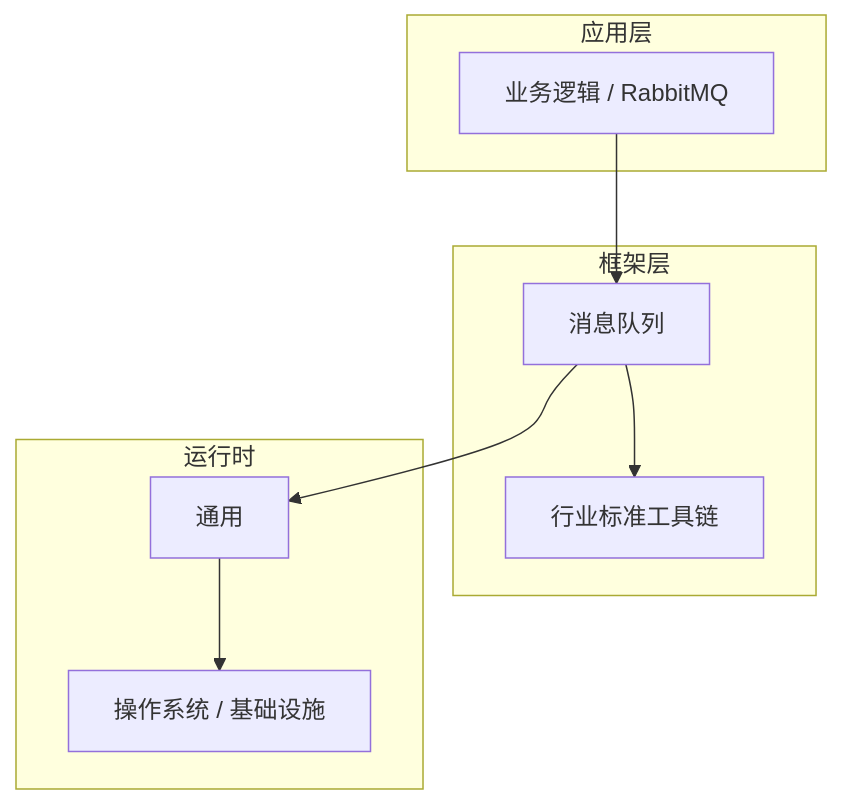
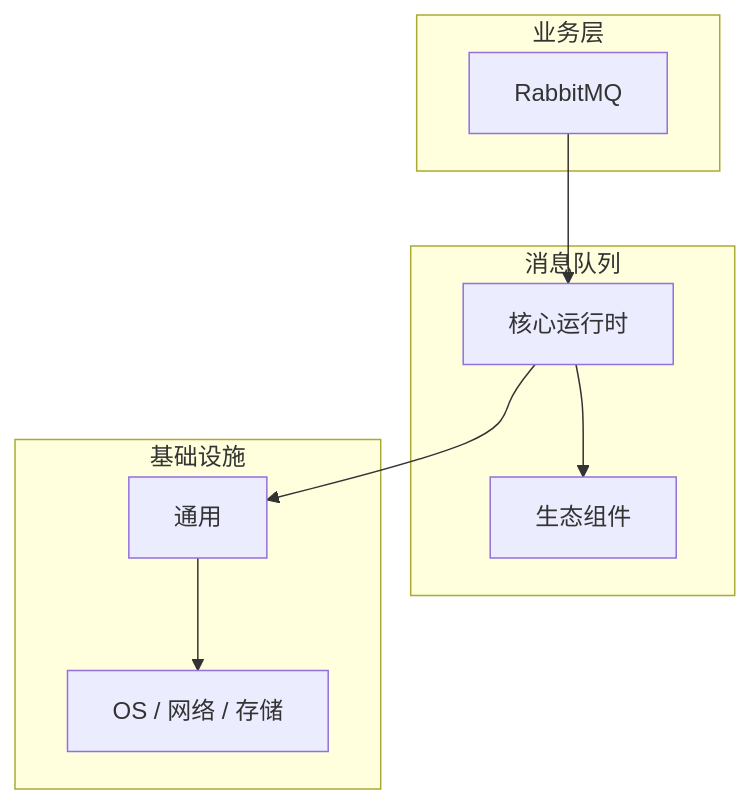
Before and after one commit to yanggan2015/knowledge-json-v2: the diagram in articles/消息队列/chapters/029-RabbitMQ核心概念与原理.md, drawn with Mermaid. The commit also changed other lines of this file and 10127 other files, not shown here.

````diff
--- a/articles/消息队列/chapters/029-RabbitMQ核心概念与原理.md
+++ b/articles/消息队列/chapters/029-RabbitMQ核心概念与原理.md
@@ -45,18 +34,18 @@
 ```mermaid
 graph TB
-    subgraph 应用层
-        A[业务逻辑 / RabbitMQ]
+    subgraph 业务层
+        A[RabbitMQ]
     end
-    subgraph 框架层
-        B[消息队列]
-        C[行业标准工具链]
+    subgraph 消息队列
+        B[核心运行时]
+        C[生态组件]
     end
-    subgraph 运行时
+    subgraph 基础设施
         D[通用]
-        E[操作系统 / 基础设施]
+        E[OS / 网络 / 存储]
     end
     A --> B
     B --> C
     B --> D
     D --> E
 ```
````
